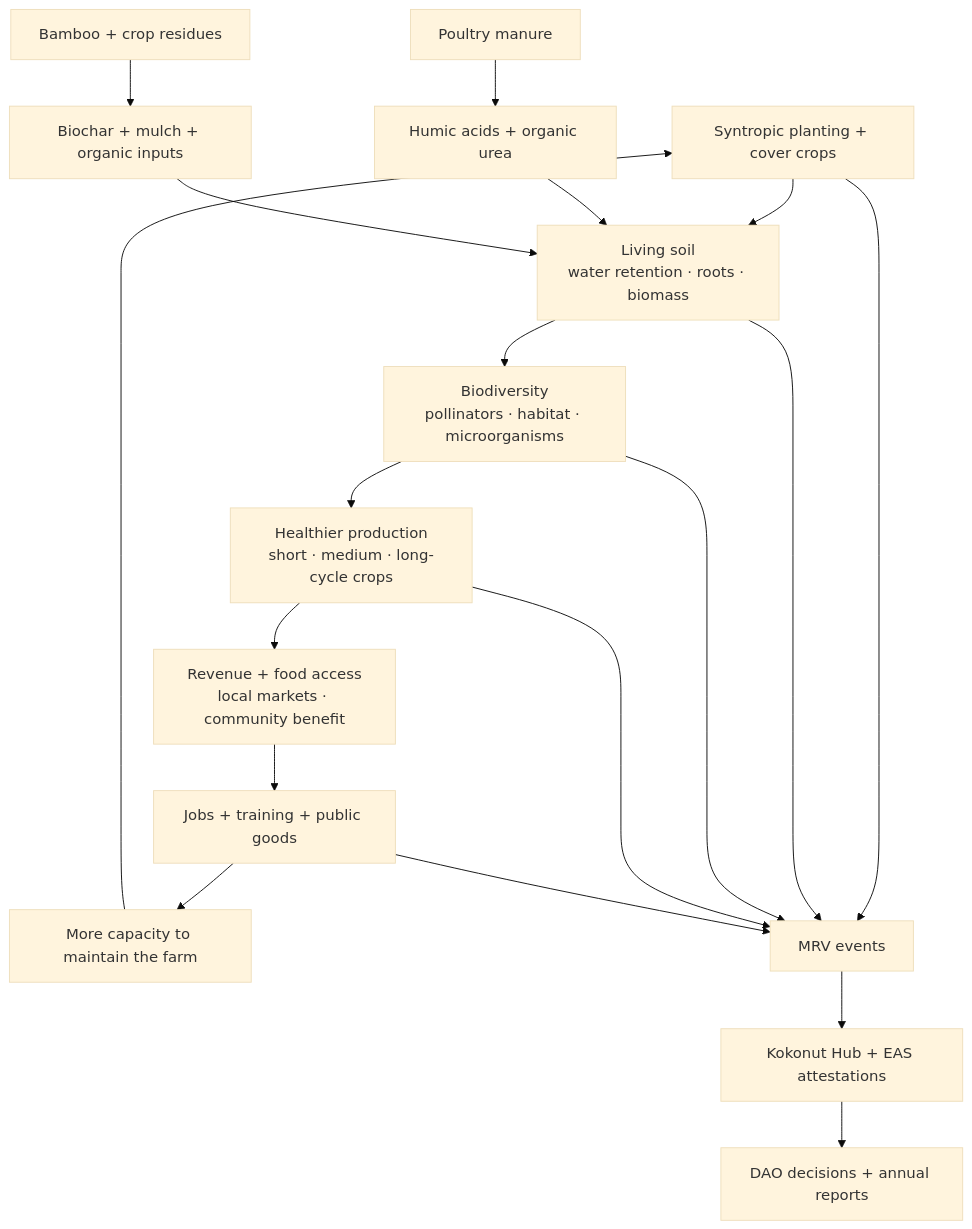
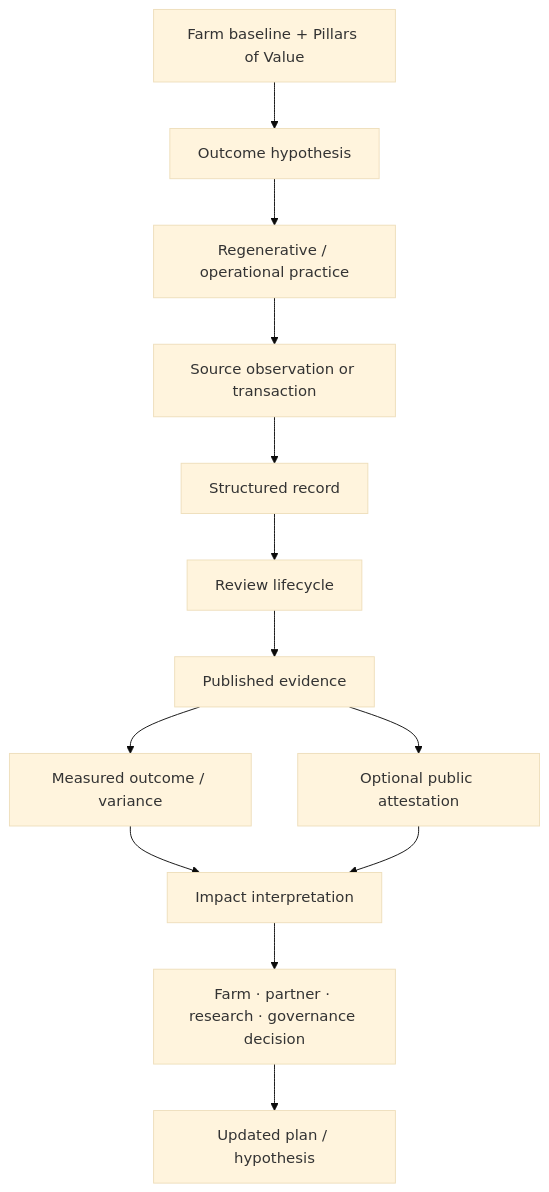
One commit to wasalo/Kokonut-Public-Site changed the second of 3 diagrams in kokonut-framework/framework-components/framework-features/methodology-positive-impact.mdx. Above: the diagram before and after it, drawn with Mermaid (base theme). The commit also changed other lines of this file, not shown here.

Commit message:
docs(kokonut-framework): improve positive impact methodology

````diff
--- a/kokonut-framework/framework-components/framework-features/methodology-positive-impact.mdx
+++ b/kokonut-framework/framework-components/framework-features/methodology-positive-impact.mdx
@@ -82,24 +107,16 @@
 ```mermaid
 flowchart TD
-    A["Syntropic planting + cover crops"] --> B["Living soil\nwater retention · roots · biomass"]
-    B --> C["Biodiversity\npollinators · habitat · microorganisms"]
-    C --> D["Healthier production\nshort · medium · long-cycle crops"]
-    D --> E["Revenue + food access\nlocal markets · community benefit"]
-    E --> F["Jobs + training + public goods"]
-    F --> G["More capacity to maintain the farm"]
-    G --> A
+    A["Farm baseline + Pillars of Value"] --> B["Outcome hypothesis"]
+    B --> C["Regenerative / operational practice"]
+    C --> D["Source observation or transaction"]
+    D --> E["Structured record"]
+    E --> F["Review lifecycle"]
+    F --> G["Published evidence"]
+    G --> H["Measured outcome / variance"]
+    H --> I["Impact interpretation"]
+    I --> J["Farm · partner · research · governance decision"]
+    J --> K["Updated plan / hypothesis"]
 
-    H["Poultry manure"] --> I["Humic acids + organic urea"]
-    I --> B
-
-    J["Bamboo + crop residues"] --> K["Biochar + mulch + organic inputs"]
-    K --> B
-
-    A --> L["MRV events"]
-    B --> L
-    C --> L
-    D --> L
-    F --> L
-    L --> M["Kokonut Hub + EAS attestations"]
-    M --> N["DAO decisions + annual reports"]
+    G --> L["Optional public attestation"]
+    L --> I
 ```
````
